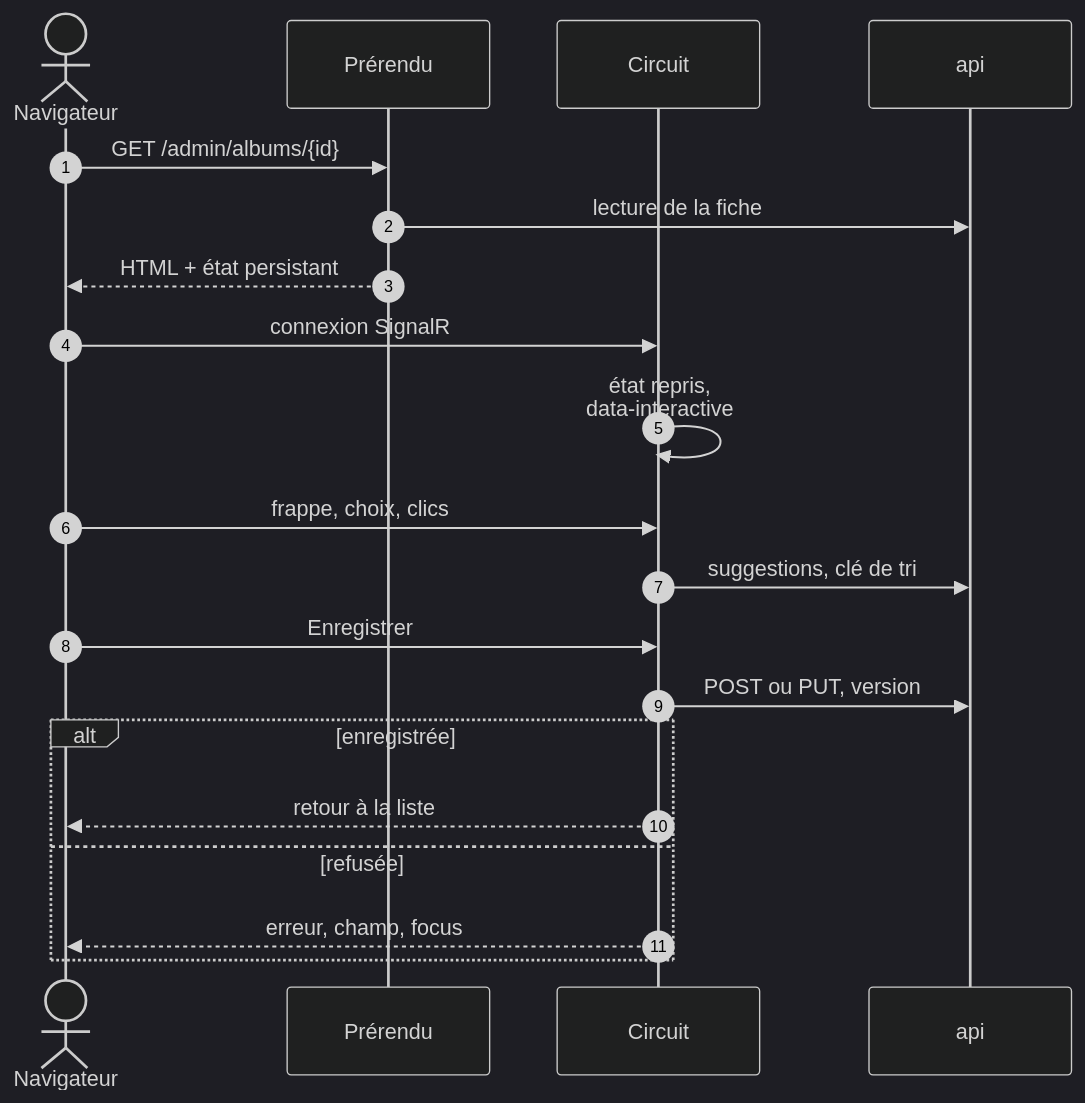
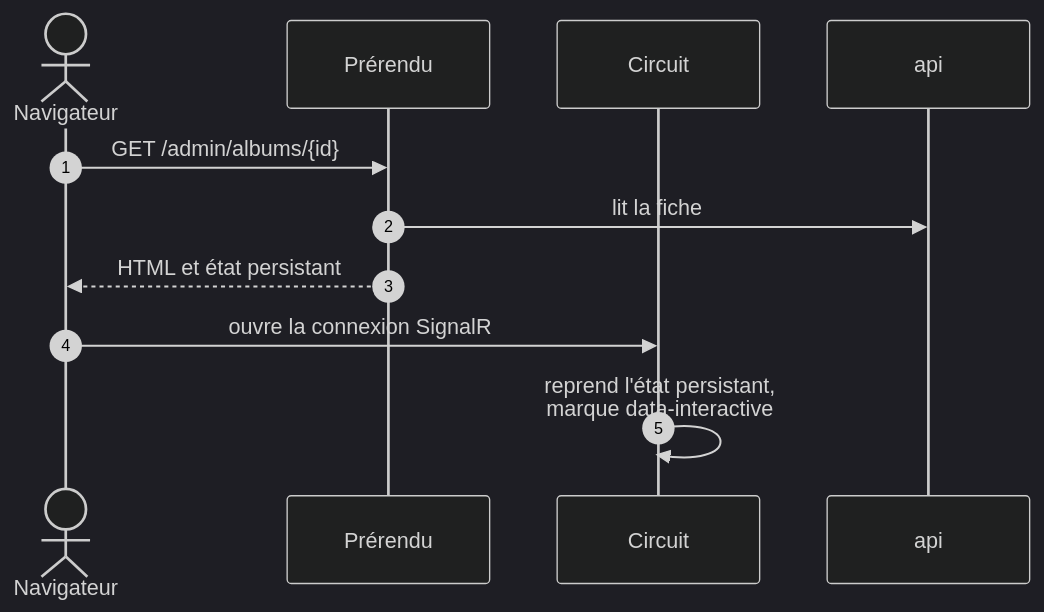
Before and after one commit to Tetram76/bdtheque-claude: the second of 3 diagrams in docs/tech/mecanismes/frontend-rendu-et-saisie.md, drawn with Mermaid (dark theme). The commit also changed other lines of this file and 41 other files, not shown here.

````diff
--- a/docs/tech/mecanismes/frontend-rendu-et-saisie.md
+++ b/docs/tech/mecanismes/frontend-rendu-et-saisie.md
@@ -60,23 +77,14 @@
 ```mermaid
 sequenceDiagram
     autonumber
     actor browser as Navigateur
     participant prerender as Prérendu
     participant circuit as Circuit
     participant api as api
 
     browser->>prerender: GET /admin/albums/{id}
-    prerender->>api: lecture de la fiche
-    prerender-->>browser: HTML + état persistant
-    browser->>circuit: connexion SignalR
-    circuit->>circuit: état repris,<br/>data-interactive
-    browser->>circuit: frappe, choix, clics
-    circuit->>api: suggestions, clé de tri
-    browser->>circuit: Enregistrer
-    circuit->>api: POST ou PUT, version
-    alt enregistrée
-        circuit-->>browser: retour à la liste
-    else refusée
-        circuit-->>browser: erreur, champ, focus
-    end
+    prerender->>api: lit la fiche
+    prerender-->>browser: HTML et état persistant
+    browser->>circuit: ouvre la connexion SignalR
+    circuit->>circuit: reprend l'état persistant,<br/>marque data-interactive
 ```
````
